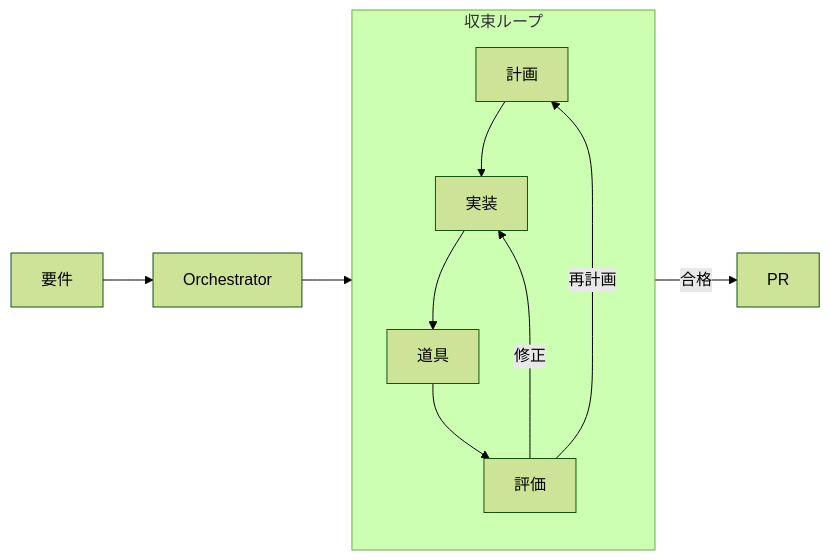
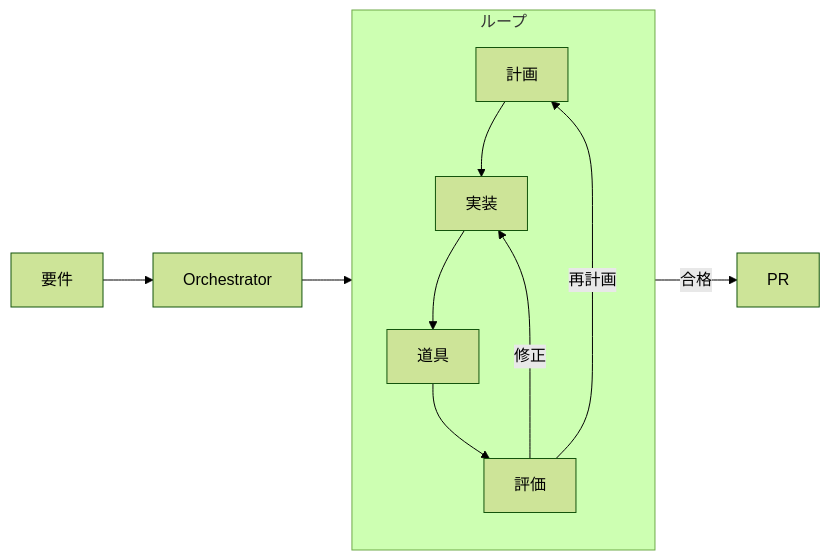
The diagram in README.md (yjn279/trinity), drawn with Mermaid (forest theme) before and after one commit. The commit also changed other lines of this file and 2 other files, not shown here.

First line of the commit message:
docs: CLAUDE.md を構成図に改め README をユーザー目線に書き直す

````diff
--- a/README.md
+++ b/README.md
@@ -22,14 +42,14 @@
 ```mermaid
 flowchart LR
   requirement[要件] --> orchestrator[Orchestrator]
   orchestrator --> plan
-  subgraph loop[収束ループ]
+  subgraph loop[ループ]
     direction TB
     plan[計画] --> generate[実装]
     generate --> tools[道具]
     tools --> evaluate[評価]
     evaluate -->|再計画| plan
     evaluate -->|修正| generate
   end
   evaluate -->|合格| pullRequest[PR]
 ```
````
